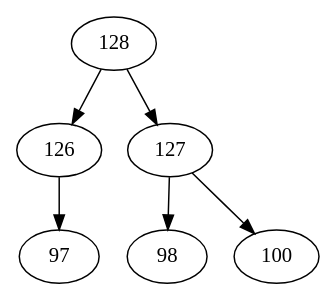
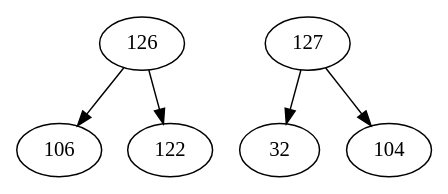
Before and after one commit to TsitouhRanjafy/algorithme: the diagram in tokenizer/bpe.dot, drawn with Graphviz. The commit also changed 2 other files, not shown here.

```diff
--- a/tokenizer/bpe.dot
+++ b/tokenizer/bpe.dot
@@ -1,1 +1,1 @@
-digraph{ 126 -> {97,97} 127 -> {98,100} 128 -> {127,126} }
+digraph{ 126 -> {106,122} 127 -> {32,104} }
```
